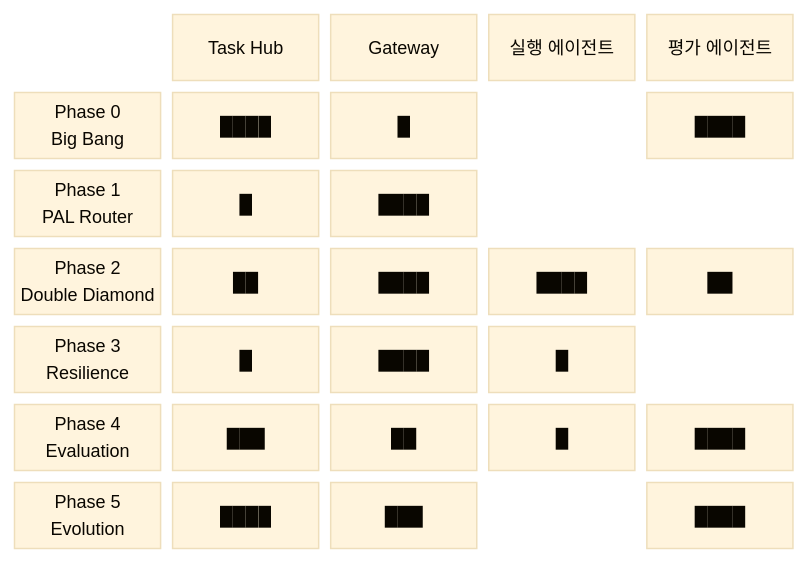
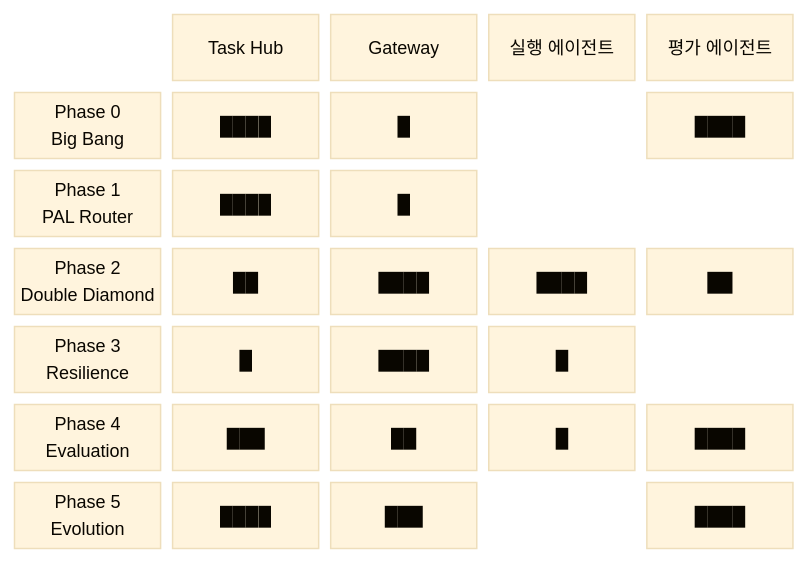
The third of 13 diagrams in custom-docs/planning/OUROBOROS-INTEGRATION-DESIGN.md (openclaw/openclaw), drawn with Mermaid before and after one commit. The commit also changed other lines of this file, not shown here.

First line of the commit message:
docs: move PAL Router from Gateway to Task Hub in Ouroboros design

````diff
--- a/custom-docs/planning/OUROBOROS-INTEGRATION-DESIGN.md
+++ b/custom-docs/planning/OUROBOROS-INTEGRATION-DESIGN.md
@@ -89,13 +89,13 @@
 ```mermaid
 %%{init: {"theme": "base", "themeVariables": {"fontSize": "12px"}}}%%
 block-beta
   columns 5
   space:1 TH["Task Hub"] GW["Gateway"] EA["실행 에이전트"] EV["평가 에이전트"]
 
   P0["Phase 0<br/>Big Bang"]:1 p0th["████"]:1 p0gw["█"]:1 space:1 p0ev["████"]:1
-  P1["Phase 1<br/>PAL Router"]:1 p1th["█"]:1 p1gw["████"]:1 space:1 space:1
+  P1["Phase 1<br/>PAL Router"]:1 p1th["████"]:1 p1gw["█"]:1 space:1 space:1
   P2["Phase 2<br/>Double Diamond"]:1 p2th["██"]:1 p2gw["████"]:1 p2ea["████"]:1 p2ev["██"]:1
   P3["Phase 3<br/>Resilience"]:1 p3th["█"]:1 p3gw["████"]:1 p3ea["█"]:1 space:1
   P4["Phase 4<br/>Evaluation"]:1 p4th["███"]:1 p4gw["██"]:1 p4ea["█"]:1 p4ev["████"]:1
   P5["Phase 5<br/>Evolution"]:1 p5th["████"]:1 p5gw["███"]:1 space:1 p5ev["████"]:1
 ```
````
